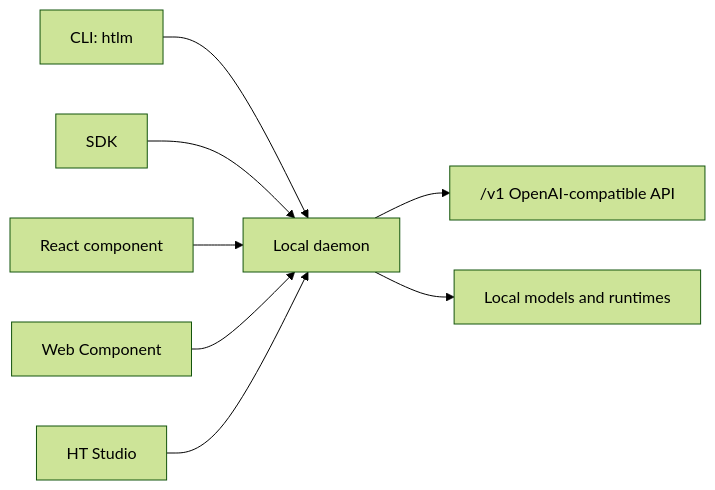
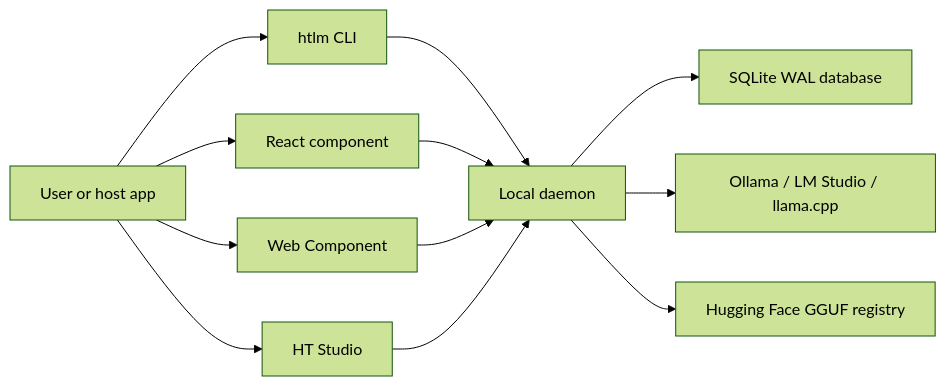
One commit to HassTech-LLC/ht-llm-marketplace changed the diagram in docs/index.md. Above: the diagram before and after it, drawn with Mermaid (forest theme). The commit also changed other lines of this file and 1 other file, not shown here.

````diff
--- a/docs/index.md
+++ b/docs/index.md
@@ -33,10 +42,14 @@
 ```mermaid
 flowchart LR
-  cli["CLI: htlm"] --> daemon["Local daemon"]
-  sdk["SDK"] --> daemon
-  react["React component"] --> daemon
-  web["Web Component"] --> daemon
-  studio["HT Studio"] --> daemon
-  daemon --> api["/v1 OpenAI-compatible API"]
-  daemon --> models["Local models and runtimes"]
+  user["User or host app"] --> cli["htlm CLI"]
+  user --> react["React component"]
+  user --> wc["Web Component"]
+  user --> studio["HT Studio"]
+  cli --> daemon["Local daemon"]
+  react --> daemon
+  wc --> daemon
+  studio --> daemon
+  daemon --> inventory["SQLite WAL database"]
+  daemon --> runtimes["Ollama / LM Studio / llama.cpp"]
+  daemon --> hf["Hugging Face GGUF registry"]
 ```
````
